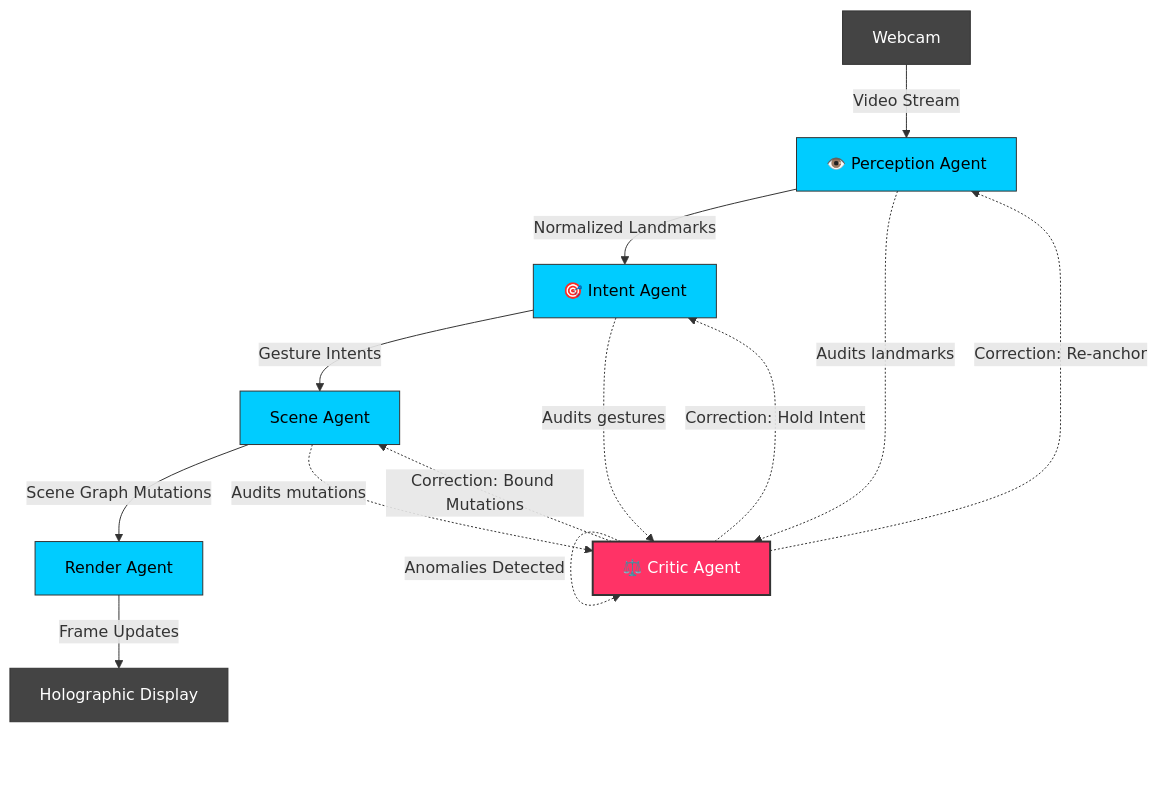
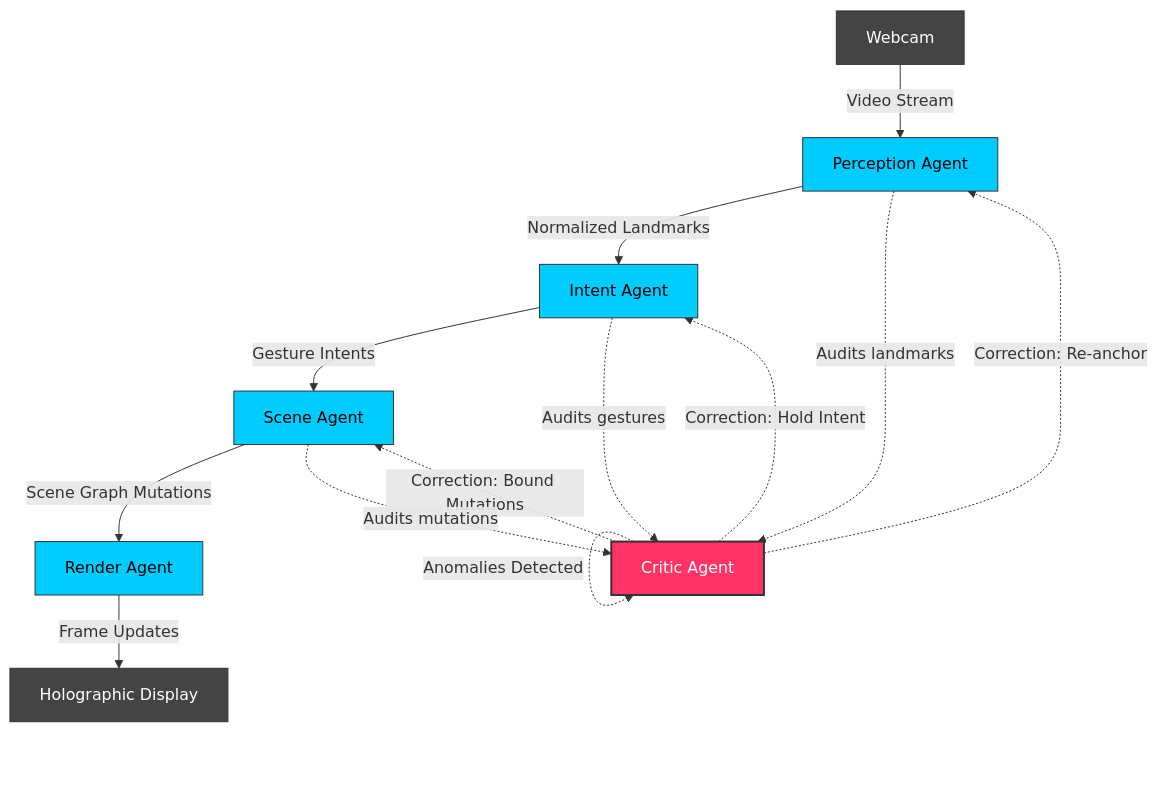
The diagram in README.md (PoosaSaikiran/Holoswarm), drawn with Mermaid before and after one commit. The commit also changed other lines of this file, not shown here.

Commit message:
Fix formatting and labels in README.md

````diff
--- a/README.md
+++ b/README.md
@@ -29,27 +29,27 @@
 ```mermaid
 flowchart TD
-    Webcam[ Webcam] -->|Video Stream| Perception[👁️ Perception Agent]
-    Perception -->|Normalized Landmarks| Intent[🎯 Intent Agent]
+    Webcam[ Webcam] -->|Video Stream| Perception[Perception Agent]
+    Perception -->|Normalized Landmarks| Intent[ Intent Agent]
     Intent -->|Gesture Intents| Scene[ Scene Agent]
     Scene -->|Scene Graph Mutations| Render[ Render Agent]
     Render -->|Frame Updates| Screen[ Holographic Display]
 
     %% Critic feedback loops
-    Critic[⚖️ Critic Agent] -.->|Anomalies Detected| Critic
+    Critic[ Critic Agent] -.->|Anomalies Detected| Critic
     Critic -.->|Correction: Re-anchor| Perception
     Critic -.->|Correction: Hold Intent| Intent
     Critic -.->|Correction: Bound Mutations| Scene
 
     %% Critic auditing lines
     Perception -.->|Audits landmarks| Critic
     Intent -.->|Audits gestures| Critic
     Scene -.->|Audits mutations| Critic
 
     style Critic fill:#ff3366,stroke:#333,stroke-width:2px,color:#fff
     style Webcam fill:#444,stroke:#333,color:#fff
     style Screen fill:#444,stroke:#333,color:#fff
     style Perception fill:#00ccff,stroke:#333,color:#000
     style Intent fill:#00ccff,stroke:#333,color:#000
     style Scene fill:#00ccff,stroke:#333,color:#000
     style Render fill:#00ccff,stroke:#333,color:#000
 ```
````
